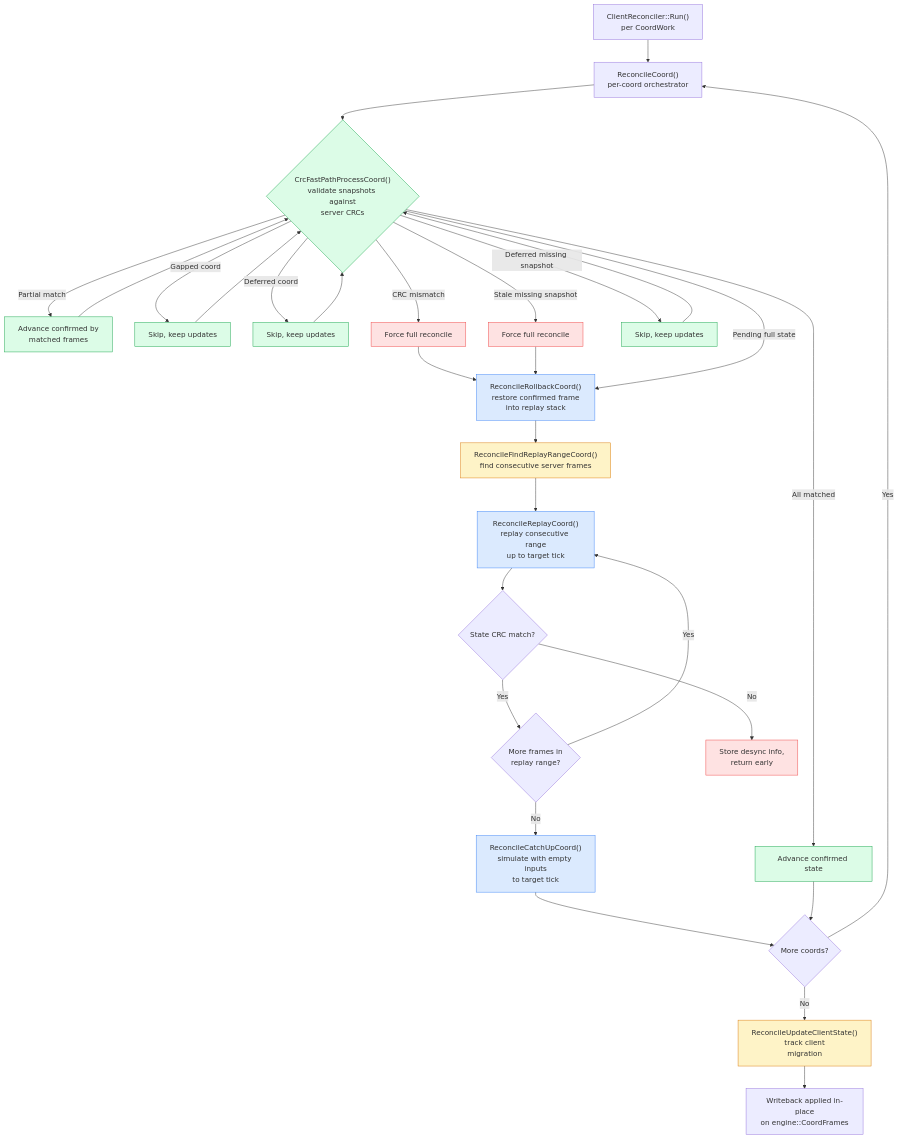
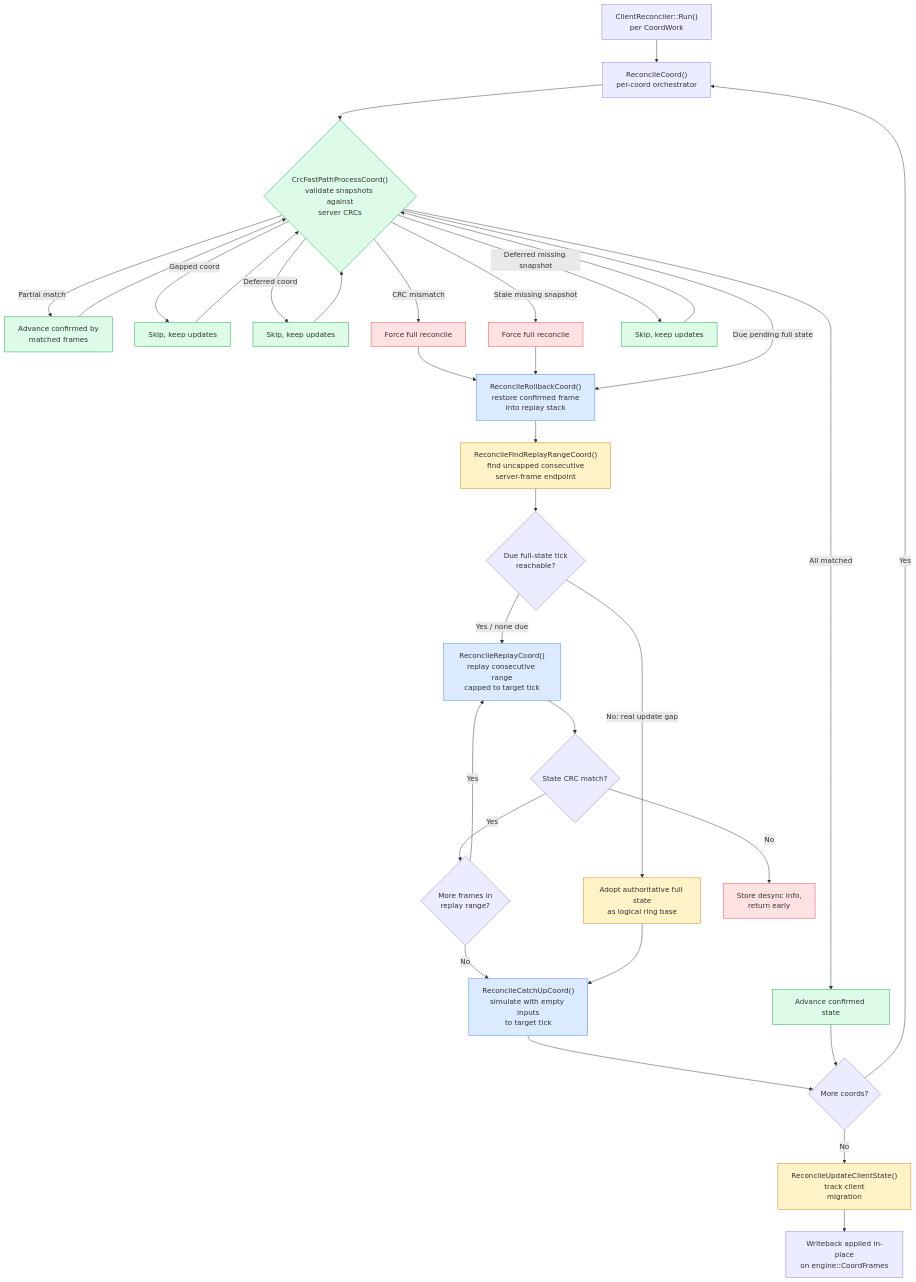
Before and after one commit to DougTanner/BrokenEnginePublic: the first of 5 diagrams in Documents/Architecture/GameReconciliation.md, drawn with Mermaid. The commit also changed other lines of this file and 383 other files, not shown here.

````diff
--- a/Documents/Architecture/GameReconciliation.md
+++ b/Documents/Architecture/GameReconciliation.md
@@ -9,50 +9,54 @@
 ```mermaid
 %%{init: {'theme': 'default'}}%%
 flowchart TD
     classDef fastpath fill:#dcfce7,stroke:#16a34a
     classDef replay fill:#dbeafe,stroke:#3b82f6
     classDef error fill:#fee2e2,stroke:#ef4444
     classDef state fill:#fef3c7,stroke:#d97706
 
     START["ClientReconciler::Run()<br/>per CoordWork"] --> COORD["ReconcileCoord()<br/>per-coord orchestrator"]
 
     COORD --> CRC
 
     CRC{"CrcFastPathProcessCoord()<br/>validate snapshots against<br/>server CRCs"}:::fastpath
     CRC -->|"All matched"| FASTDONE["Advance confirmed state"]:::fastpath
     CRC -->|"Partial match"| PARTIAL["Advance confirmed by<br/>matched frames"]:::fastpath
     PARTIAL --> CRC
     CRC -->|"Gapped coord"| GAPSKIP["Skip, keep updates"]:::fastpath
     GAPSKIP --> CRC
     CRC -->|"Deferred coord"| DEFERRED["Skip, keep updates"]:::fastpath
     DEFERRED --> CRC
     CRC -->|"CRC mismatch"| MISMATCH["Force full reconcile"]:::error
     MISMATCH --> ROLLBACK
     CRC -->|"Stale missing snapshot"| STALENOSNAPSHOT["Force full reconcile"]:::error
     STALENOSNAPSHOT --> ROLLBACK
     CRC -->|"Deferred missing snapshot"| DEFNOSNAPSHOT["Skip, keep updates"]:::fastpath
     DEFNOSNAPSHOT --> CRC
-    CRC -->|"Pending full state"| ROLLBACK
+    CRC -->|"Due pending full state"| ROLLBACK
 
     ROLLBACK["ReconcileRollbackCoord()<br/>restore confirmed frame<br/>into replay stack"]:::replay --> FINDRANGE
 
-    FINDRANGE["ReconcileFindReplayRangeCoord()<br/>find consecutive server frames"]:::state --> REPLAY
+    FINDRANGE["ReconcileFindReplayRangeCoord()<br/>find uncapped consecutive<br/>server-frame endpoint"]:::state --> REACHABLE{"Due full-state tick<br/>reachable?"}
 
-    REPLAY["ReconcileReplayCoord()<br/>replay consecutive range<br/>up to target tick"]:::replay
+    REACHABLE -->|"Yes / none due"| REPLAY
+    REACHABLE -->|"No: real update gap"| ADOPT["Adopt authoritative full state<br/>as logical ring base"]:::state
+
+    REPLAY["ReconcileReplayCoord()<br/>replay consecutive range<br/>capped to target tick"]:::replay
 
     REPLAY --> CRCCHECK{"State CRC match?"}
     CRCCHECK -->|"Yes"| NEXTSRV{"More frames in<br/>replay range?"}
     CRCCHECK -->|"No"| DESYNC["Store desync info,<br/>return early"]:::error
 
     NEXTSRV -->|"Yes"| REPLAY
     NEXTSRV -->|"No"| CATCHUP
+    ADOPT --> CATCHUP
 
     CATCHUP["ReconcileCatchUpCoord()<br/>simulate with empty inputs<br/>to target tick"]:::replay
 
     CATCHUP --> NEXTCOORD{"More coords?"}
     NEXTCOORD -->|"Yes"| COORD
     NEXTCOORD -->|"No"| CLIENTSTATE["ReconcileUpdateClientState()<br/>track client<br/>migration"]:::state
 
     CLIENTSTATE --> DONE["Writeback applied in-place<br/>on engine::CoordFrames"]
     FASTDONE --> NEXTCOORD
 ```
````
